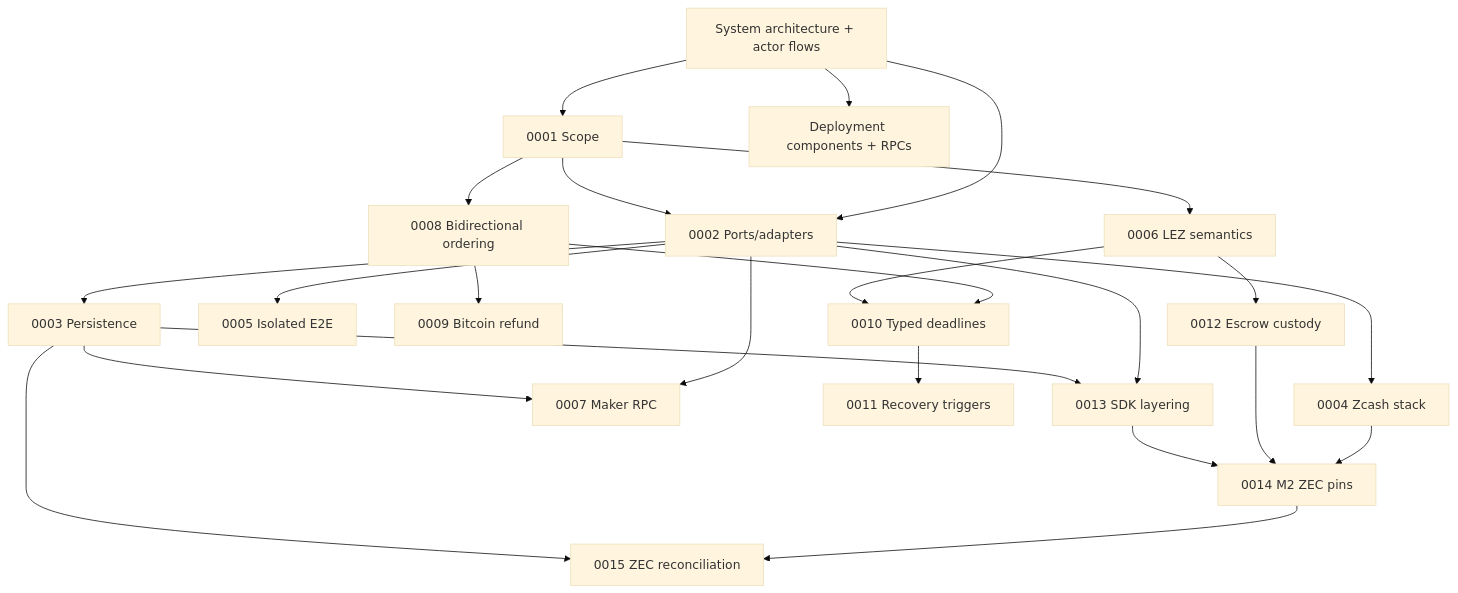
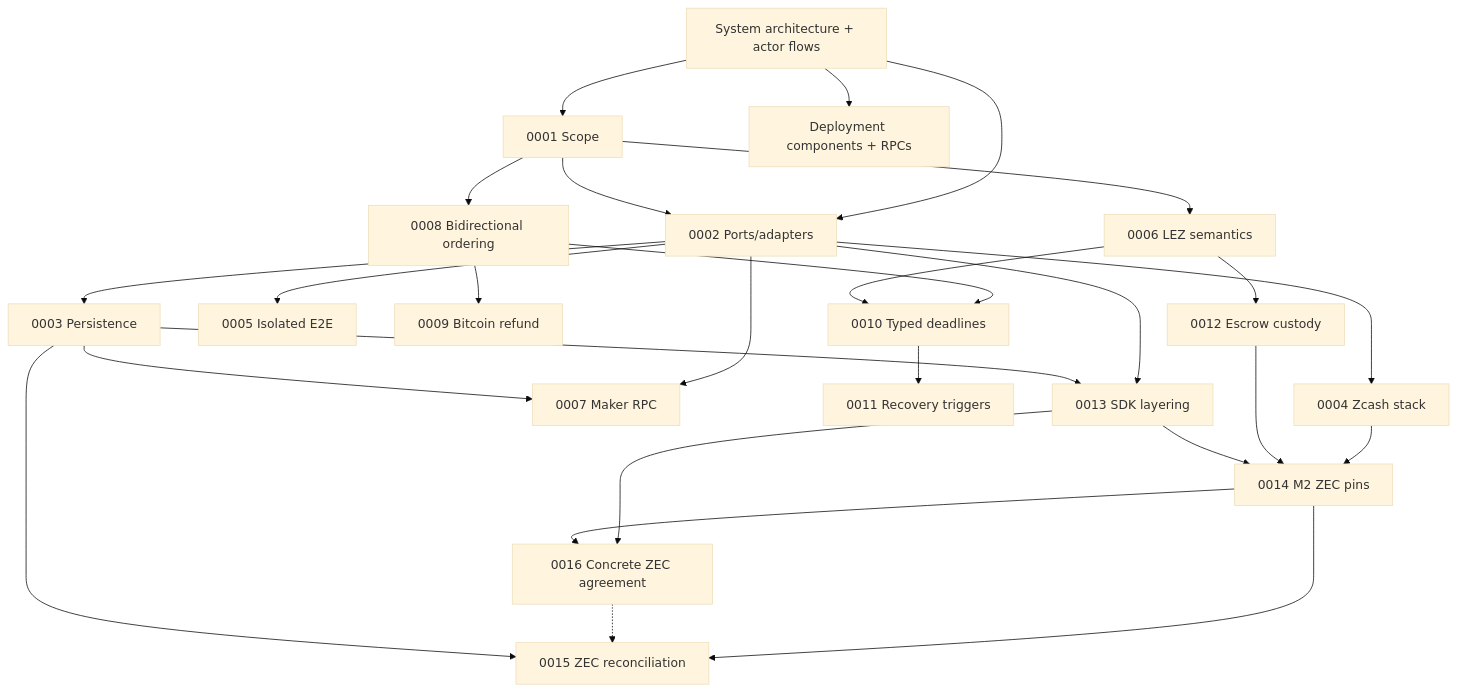
The diagram in docs/architecture/README.md (gateway-fm/lez-atomic-swaps), drawn with Mermaid (base theme) before and after one commit. The commit also changed other lines of this file and 15 other files, not shown here.

Commit message:
feat: bind concrete LEZ ZEC agreement terms

````diff
--- a/docs/architecture/README.md
+++ b/docs/architecture/README.md
@@ -25,26 +25,29 @@
 ```mermaid
 flowchart TB
     System["System architecture + actor flows"] --> Scope["0001 Scope"]
     System --> Deployment["Deployment components + RPCs"]
     System --> Ports["0002 Ports/adapters"]
     Scope --> Ports
     Ports --> Persistence["0003 Persistence"]
     Ports --> Zcash["0004 Zcash stack"]
     Ports --> Docker["0005 Isolated E2E"]
     Scope --> LEZ["0006 LEZ semantics"]
     Ports --> RPC["0007 Maker RPC"]
     Scope --> Direction["0008 Bidirectional ordering"]
     Direction --> Bitcoin["0009 Bitcoin refund"]
     Direction --> Deadlines["0010 Typed deadlines"]
     LEZ --> Deadlines
     Deadlines --> Recovery["0011 Recovery triggers"]
     LEZ --> Custody["0012 Escrow custody"]
     Ports --> SDK["0013 SDK layering"]
     Zcash --> ZecPins["0014 M2 ZEC pins"]
     Custody --> ZecPins
     SDK --> ZecPins
     ZecPins --> ZecReconcile["0015 ZEC reconciliation"]
+    SDK --> Agreement["0016 Concrete ZEC agreement"]
+    ZecPins --> Agreement
+    Agreement -.-> ZecReconcile
     Persistence --> ZecReconcile
     Persistence --> SDK
     Persistence --> RPC
 ```
````
